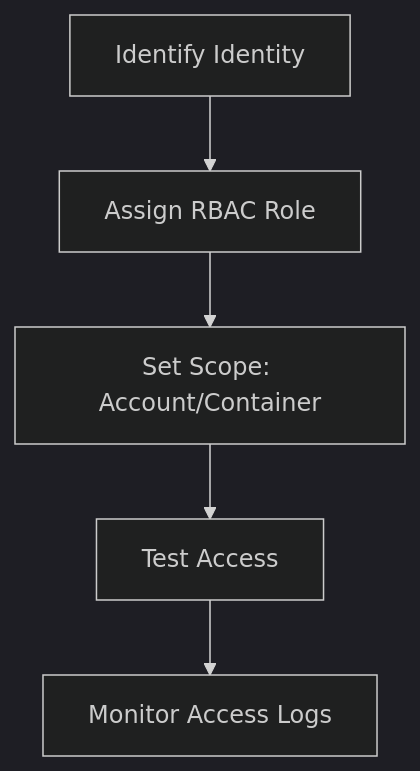
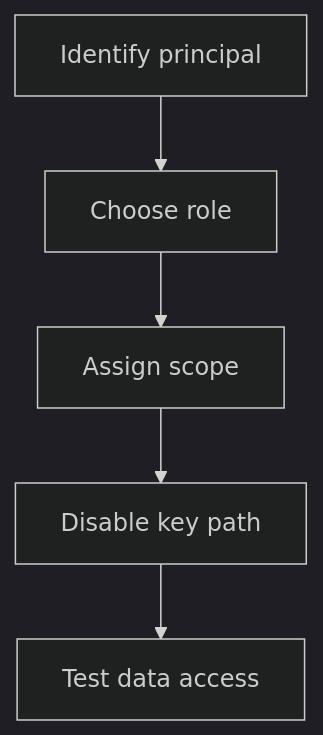
The diagram in docs/operations/configure-access-and-identity.md (yeongseon/azure-storage-practical-guide), drawn with Mermaid (dark theme) before and after one commit. The commit also changed other lines of this file and 90 other files, not shown here.

````diff
--- a/docs/operations/configure-access-and-identity.md
+++ b/docs/operations/configure-access-and-identity.md
@@ -25,7 +26,12 @@
 ```mermaid
-graph TD
-    A[Identify Identity] --> B[Assign RBAC Role]
-    B --> C[Set Scope: Account/Container]
-    C --> D[Test Access]
-    D --> E[Monitor Access Logs]
+flowchart TD
+    A[Identify principal]
+    B[Choose role]
+    A --> B
+    C[Assign scope]
+    B --> C
+    D[Disable key path]
+    C --> D
+    E[Test data access]
+    D --> E
 ```
````
